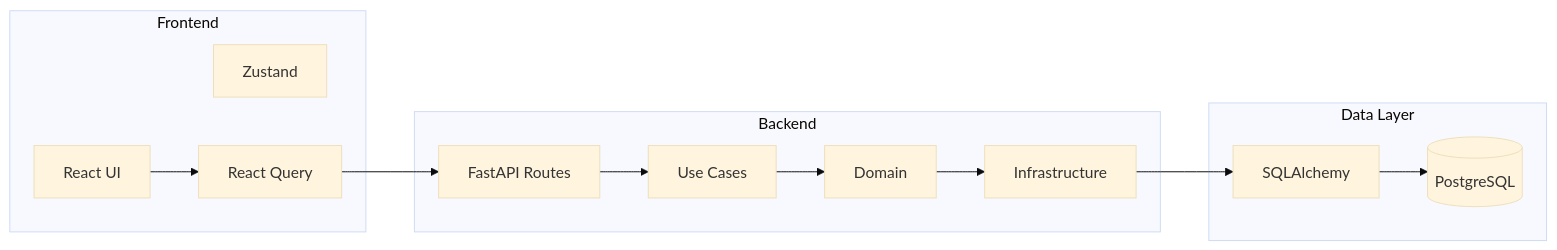
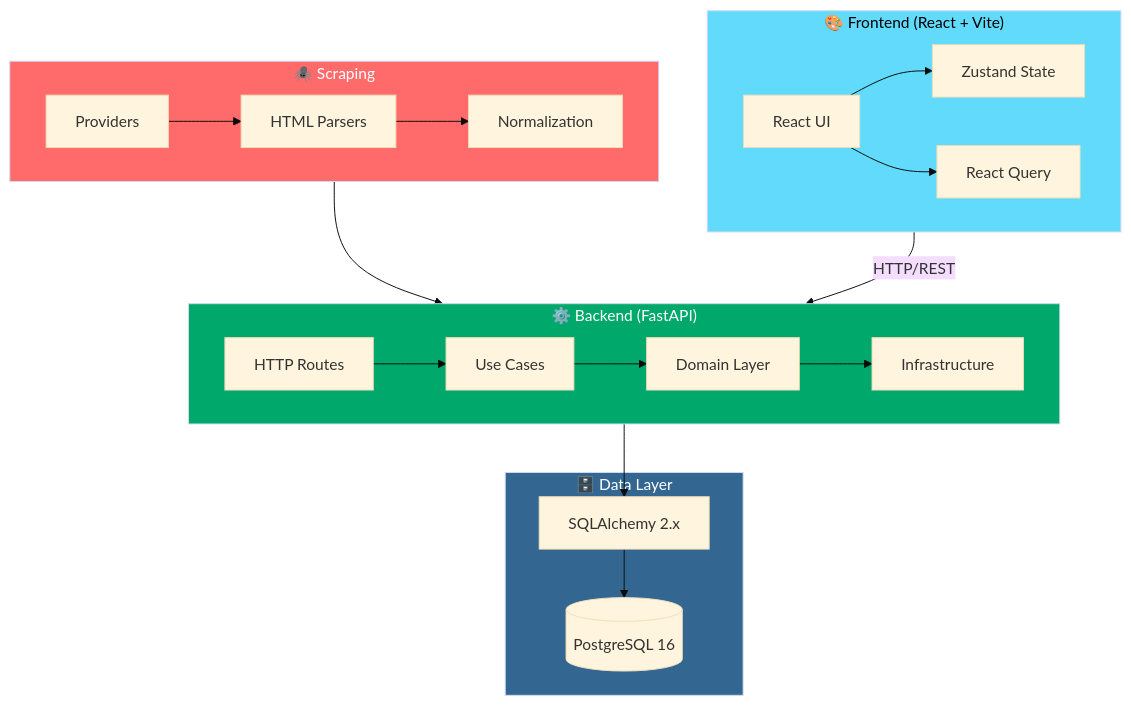
The first of 3 diagrams in README.md (gproatechnology/GProA_CHValueGrowth), drawn with Mermaid (base theme) before and after one commit. The commit also changed other lines of this file and 1 other file, not shown here.

Commit message:
docs: update README with badges, mermaid diagrams, and current structure

````diff
--- a/README.md
+++ b/README.md
@@ -20,28 +24,45 @@
 ```mermaid
-flowchart LR
-    subgraph Frontend["Frontend"]
+flowchart TB
+    subgraph Frontend["🎨 Frontend (React + Vite)"]
+        direction LR
         UI[React UI]
-        Store[Zustand]
-        API[React Query]
+        Store[Zustand State]
+        Query[React Query]
+        UI --> Store
+        UI --> Query
     end
-    
-    subgraph Backend["Backend"]
-        Routes[FastAPI Routes]
+
+    subgraph Backend["⚙️ Backend (FastAPI)"]
+        direction LR
+        Routes[HTTP Routes]
         UseCases[Use Cases]
-        Domain[Domain]
+        Domain[Domain Layer]
         Infra[Infrastructure]
+        Routes --> UseCases
+        UseCases --> Domain
+        Domain --> Infra
     end
-    
-    subgraph Data["Data Layer"]
-        SQLAlch[SQLAlchemy]
-        DB[(PostgreSQL)]
+
+    subgraph Data["🗄️ Data Layer"]
+        SQLAlch[SQLAlchemy 2.x]
+        DB[(PostgreSQL 16)]
+        SQLAlch --> DB
     end
-    
-    UI --> API
-    API --> Routes
-    Routes --> UseCases
-    UseCases --> Domain
-    Domain --> Infra
+
+    subgraph Scraping["🕷️ Scraping"]
+        Providers[Providers]
+        Parser[HTML Parsers]
+        Normalize[Normalization]
+        Providers --> Parser
+        Parser --> Normalize
+    end
+
+    Query -->|HTTP/REST| Routes
     Infra --> SQLAlch
-    SQLAlch --> DB
+    Scraping --> Infra
+
+    style Frontend fill:#61dafb,color:#000
+    style Backend fill:#00a86b,color:#fff
+    style Data fill:#336791,color:#fff
+    style Scraping fill:#ff6b6b,color:#fff
 ```
````
